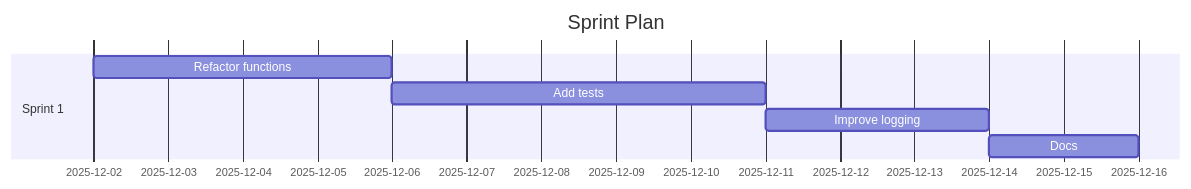
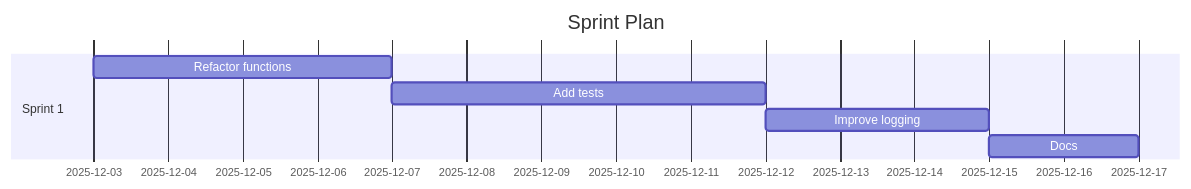
The diagram in demos/demo-code-analysis.sprint.md (Anselmoo/mcp-ai-agent-guidelines), drawn with Mermaid before and after one commit. The commit also changed other lines of this file and 36 other files, not shown here.

````diff
--- a/demos/demo-code-analysis.sprint.md
+++ b/demos/demo-code-analysis.sprint.md
@@ -59,11 +59,11 @@
 ```mermaid
 gantt
 	dateFormat  YYYY-MM-DD
 	title Sprint Plan
 %% Accessibility: Title=Project Sprint Plan; Description=Gantt chart of sprints and tasks over time. %%
   section Sprint 1
-  Refactor functions :s1t0, 2025-12-02, 4d
-  Add tests :s1t1, 2025-12-06, 5d
-  Improve logging :s1t2, 2025-12-11, 3d
-  Docs :s1t3, 2025-12-14, 2d
+  Refactor functions :s1t0, 2025-12-03, 4d
+  Add tests :s1t1, 2025-12-07, 5d
+  Improve logging :s1t2, 2025-12-12, 3d
+  Docs :s1t3, 2025-12-15, 2d
 ```
````
